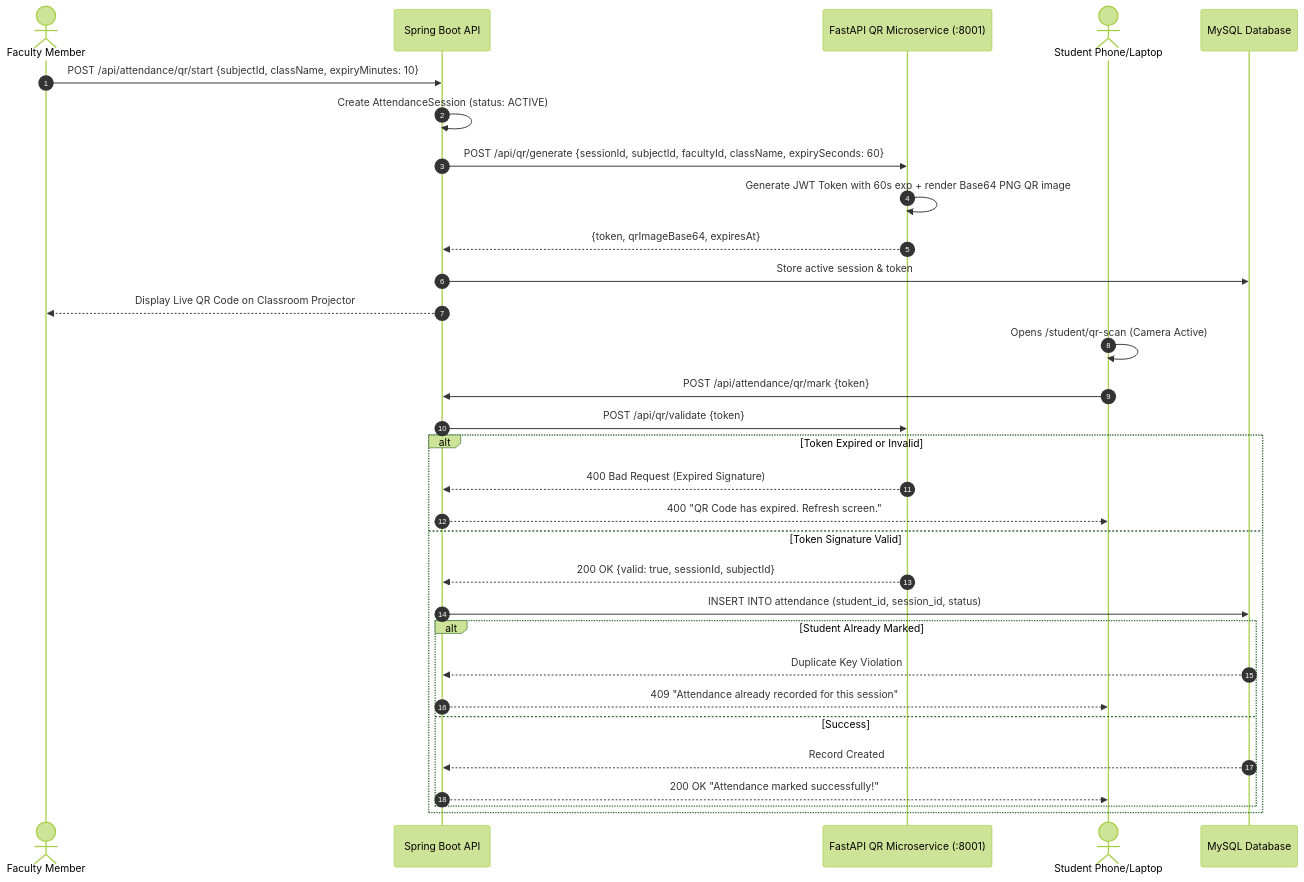
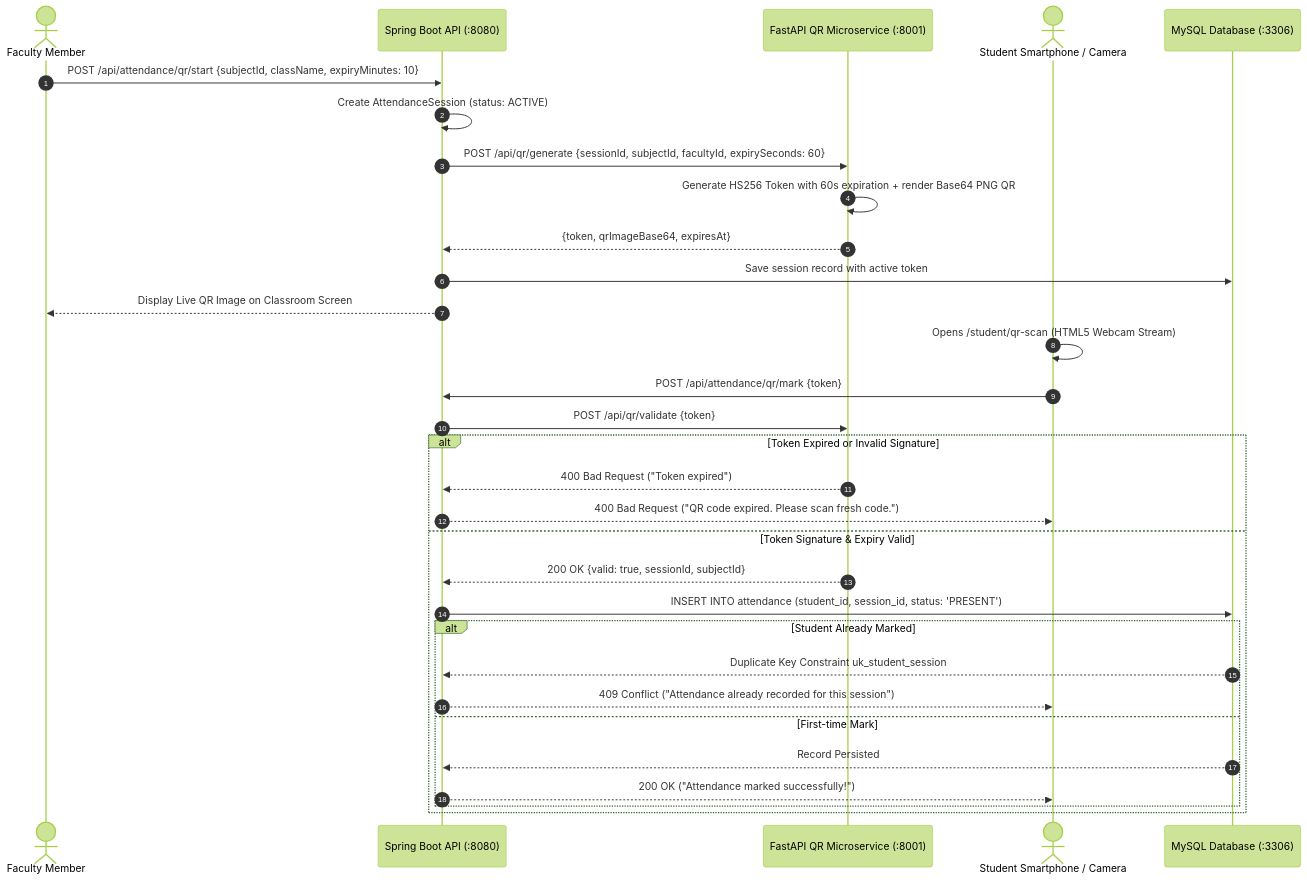
One commit to SudheerKonduboina/Smart-Student-Faculty-Management-System changed the fourth of 4 diagrams in README.md. Above: the diagram before and after it, drawn with Mermaid (forest theme). The commit also changed other lines of this file and 42 other files, not shown here.

Commit message:
docs: update system architecture diagrams, generator scripts, and documentation

````diff
--- a/README.md
+++ b/README.md
@@ -601,35 +548,36 @@
 ```mermaid
 sequenceDiagram
     autonumber
     actor Faculty as Faculty Member
-    participant Backend as Spring Boot API
-    participant QR as FastAPI QR Microservice (:8001)
-    actor Student as Student Phone/Laptop
-    participant DB as MySQL Database
+    participant Backend as Spring Boot API (:8080)
+    participant QRService as FastAPI QR Microservice (:8001)
+    actor Student as Student Smartphone / Camera
+    participant DB as MySQL Database (:3306)
 
     Faculty->>Backend: POST /api/attendance/qr/start {subjectId, className, expiryMinutes: 10}
     Backend->>Backend: Create AttendanceSession (status: ACTIVE)
-    Backend->>QR: POST /api/qr/generate {sessionId, subjectId, facultyId, className, expirySeconds: 60}
-    QR->>QR: Generate JWT Token with 60s exp + render Base64 PNG QR image
-    QR-->>Backend: {token, qrImageBase64, expiresAt}
-    Backend->>DB: Store active session & token
-    Backend-->>Faculty: Display Live QR Code on Classroom Projector
+    Backend->>QRService: POST /api/qr/generate {sessionId, subjectId, facultyId, expirySeconds: 60}
+    QRService->>QRService: Generate HS256 Token with 60s expiration + render Base64 PNG QR
+    QRService-->>Backend: {token, qrImageBase64, expiresAt}
+    Backend->>DB: Save session record with active token
+    Backend-->>Faculty: Display Live QR Image on Classroom Screen
 
-    Student->>Student: Opens /student/qr-scan (Camera Active)
+    Student->>Student: Opens /student/qr-scan (HTML5 Webcam Stream)
     Student->>Backend: POST /api/attendance/qr/mark {token}
-    Backend->>QR: POST /api/qr/validate {token}
-    alt Token Expired or Invalid
-        QR-->>Backend: 400 Bad Request (Expired Signature)
-        Backend-->>Student: 400 "QR Code has expired. Refresh screen."
-    else Token Signature Valid
-        QR-->>Backend: 200 OK {valid: true, sessionId, subjectId}
-        Backend->>DB: INSERT INTO attendance (student_id, session_id, status)
+    Backend->>QRService: POST /api/qr/validate {token}
+
+    alt Token Expired or Invalid Signature
+        QRService-->>Backend: 400 Bad Request ("Token expired")
+        Backend-->>Student: 400 Bad Request ("QR code expired. Please scan fresh code.")
+    else Token Signature & Expiry Valid
+        QRService-->>Backend: 200 OK {valid: true, sessionId, subjectId}
+        Backend->>DB: INSERT INTO attendance (student_id, session_id, status: 'PRESENT')
         alt Student Already Marked
-            DB-->>Backend: Duplicate Key Violation
-            Backend-->>Student: 409 "Attendance already recorded for this session"
-        else Success
-            DB-->>Backend: Record Created
-            Backend-->>Student: 200 OK "Attendance marked successfully!"
+            DB-->>Backend: Duplicate Key Constraint uk_student_session
+            Backend-->>Student: 409 Conflict ("Attendance already recorded for this session")
+        else First-time Mark
+            DB-->>Backend: Record Persisted
+            Backend-->>Student: 200 OK ("Attendance marked successfully!")
         end
     end
 ```
````
